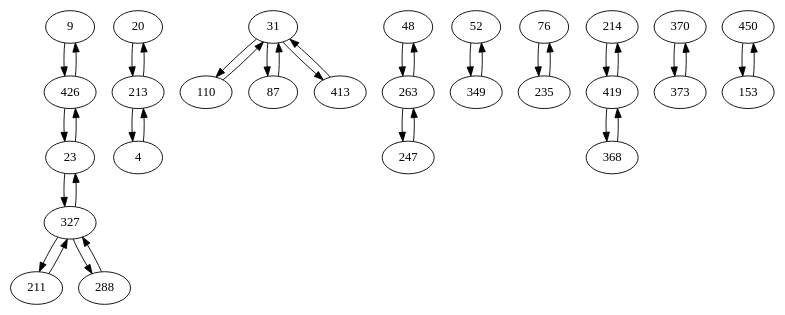
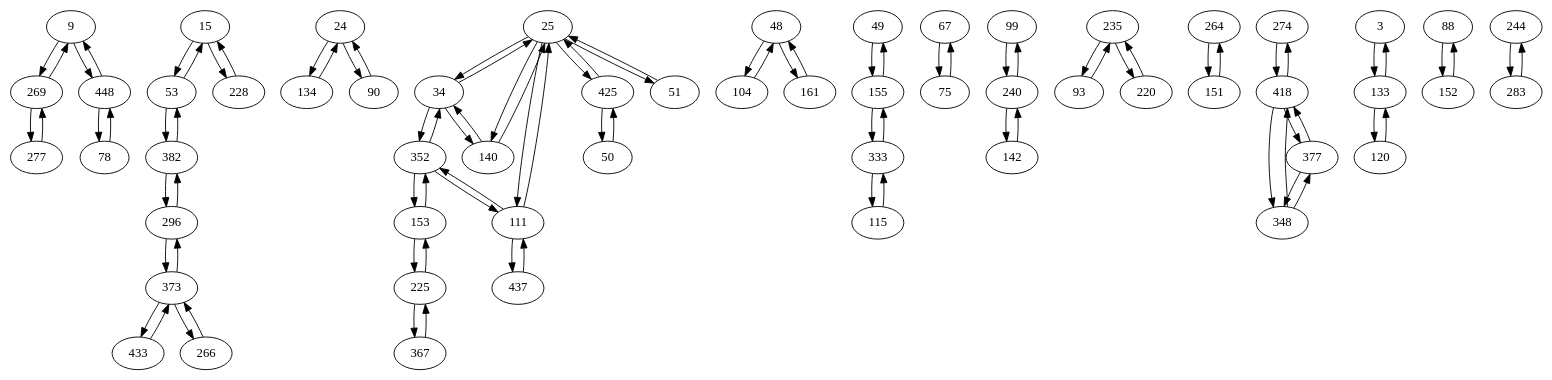
The diagram in external/dbg2olc/RawOverlapGraph.dot (AuCson/Genome-Assembly-Implementation), drawn with Graphviz before and after one commit. The commit also changed 79 other files, not shown here.

```diff
--- a/external/dbg2olc/RawOverlapGraph.dot
+++ b/external/dbg2olc/RawOverlapGraph.dot
@@ -1,38 +1,92 @@
 digraph G {
-9 -> 426;
-20 -> 213;
-23 -> 426;
-23 -> 327;
-31 -> 110;
-48 -> 263;
-52 -> 349;
-76 -> 235;
-87 -> 31;
-110 -> 31;
-211 -> 327;
-213 -> 20;
-213 -> 4;
-214 -> 419;
-235 -> 76;
-263 -> 48;
-263 -> 247;
-288 -> 327;
-327 -> 211;
-349 -> 52;
-368 -> 419;
-370 -> 373;
-413 -> 31;
-426 -> 23;
-450 -> 153;
-4 -> 213;
-31 -> 87;
-31 -> 413;
-153 -> 450;
-247 -> 263;
-327 -> 23;
-327 -> 288;
-373 -> 370;
-419 -> 214;
-419 -> 368;
-426 -> 9;
+9 -> 269;
+15 -> 53;
+15 -> 228;
+24 -> 134;
+25 -> 34;
+25 -> 111;
+25 -> 140;
+34 -> 352;
+48 -> 104;
+48 -> 161;
+49 -> 155;
+50 -> 425;
+53 -> 15;
+67 -> 75;
+75 -> 67;
+78 -> 448;
+99 -> 240;
+104 -> 48;
+111 -> 437;
+111 -> 352;
+115 -> 333;
+134 -> 24;
+140 -> 34;
+142 -> 240;
+153 -> 352;
+155 -> 333;
+155 -> 49;
+225 -> 153;
+225 -> 367;
+235 -> 93;
+235 -> 220;
+240 -> 142;
+240 -> 99;
+264 -> 151;
+269 -> 9;
+274 -> 418;
+277 -> 269;
+296 -> 382;
+333 -> 155;
+333 -> 115;
+352 -> 153;
+373 -> 296;
+382 -> 53;
+418 -> 274;
+418 -> 348;
+425 -> 25;
+433 -> 373;
+437 -> 111;
+3 -> 133;
+9 -> 448;
+24 -> 90;
+25 -> 51;
+25 -> 425;
+34 -> 25;
+34 -> 140;
+51 -> 25;
+53 -> 382;
+88 -> 152;
+90 -> 24;
+93 -> 235;
+111 -> 25;
+120 -> 133;
+133 -> 120;
+133 -> 3;
+140 -> 25;
+151 -> 264;
+152 -> 88;
+153 -> 225;
+161 -> 48;
+220 -> 235;
+228 -> 15;
+244 -> 283;
+266 -> 373;
+269 -> 277;
+283 -> 244;
+296 -> 373;
+348 -> 377;
+348 -> 418;
+352 -> 34;
+352 -> 111;
+367 -> 225;
+373 -> 266;
+373 -> 433;
+377 -> 418;
+377 -> 348;
+382 -> 296;
+418 -> 377;
+425 -> 50;
+448 -> 9;
+448 -> 78;
 }
```
